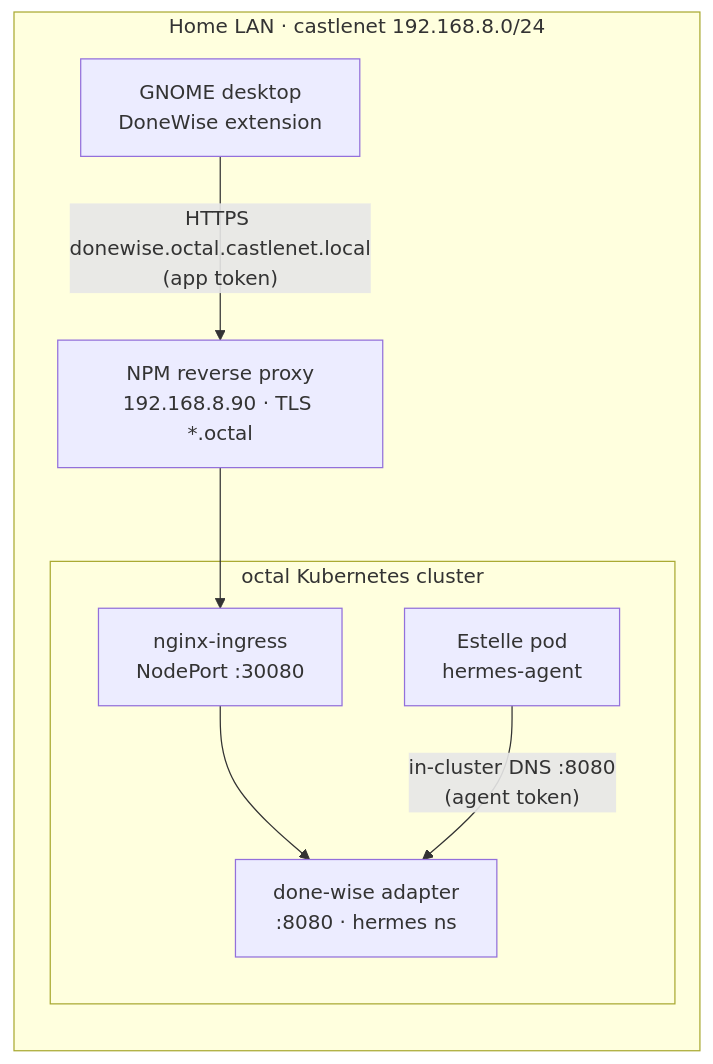
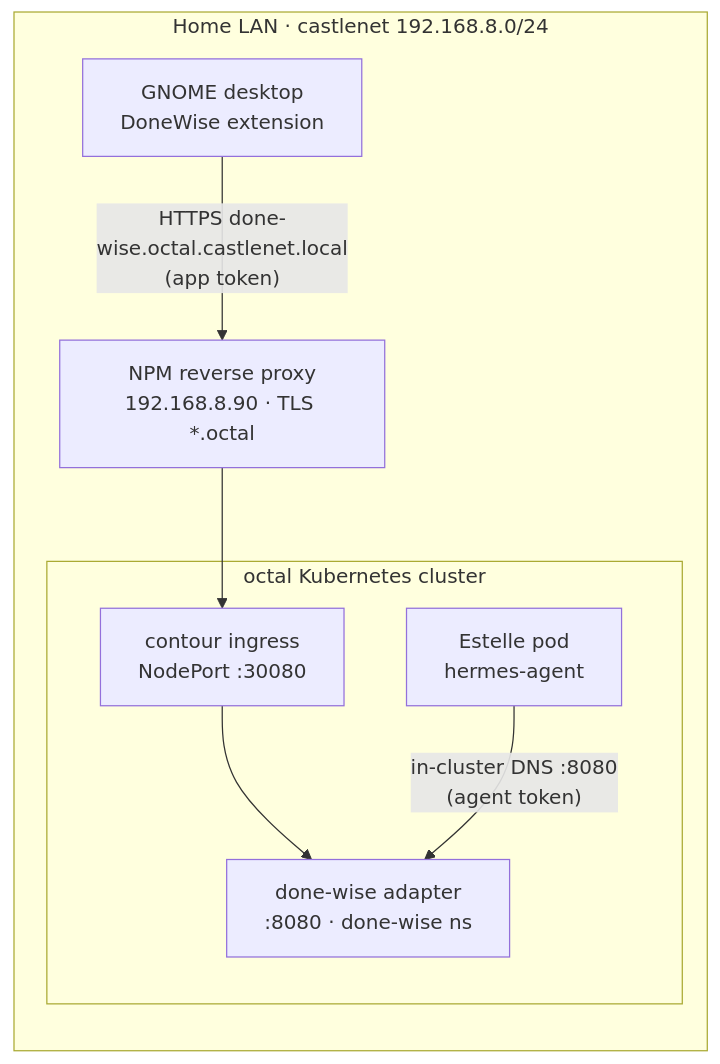
Before and after one commit to BlackEyedHatMan/done-wise: the second of 3 diagrams in docs/architecture.md, drawn with Mermaid. The commit also changed other lines of this file and 13 other files, not shown here.

````diff
--- a/docs/architecture.md
+++ b/docs/architecture.md
@@ -70,15 +70,15 @@
 ```mermaid
 flowchart LR
     subgraph LAN["Home LAN · castlenet 192.168.8.0/24"]
         Desktop["GNOME desktop<br/>DoneWise extension"]
         NPM["NPM reverse proxy<br/>192.168.8.90 · TLS *.octal"]
         subgraph K8S["octal Kubernetes cluster"]
-            Ingress["nginx-ingress<br/>NodePort :30080"]
-            Adapter["done-wise adapter<br/>:8080 · hermes ns"]
+            Ingress["contour ingress<br/>NodePort :30080"]
+            Adapter["done-wise adapter<br/>:8080 · done-wise ns"]
             Estelle["Estelle pod<br/>hermes-agent"]
         end
     end
-    Desktop -- "HTTPS donewise.octal.castlenet.local<br/>(app token)" --> NPM
+    Desktop -- "HTTPS done-wise.octal.castlenet.local<br/>(app token)" --> NPM
     NPM --> Ingress --> Adapter
     Estelle -- "in-cluster DNS :8080<br/>(agent token)" --> Adapter
 ```
````
